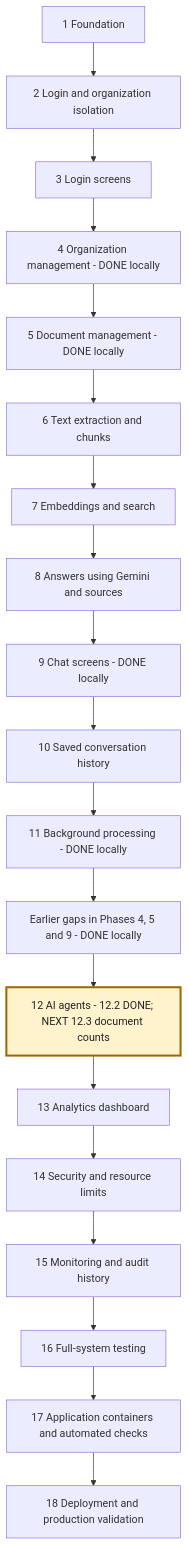
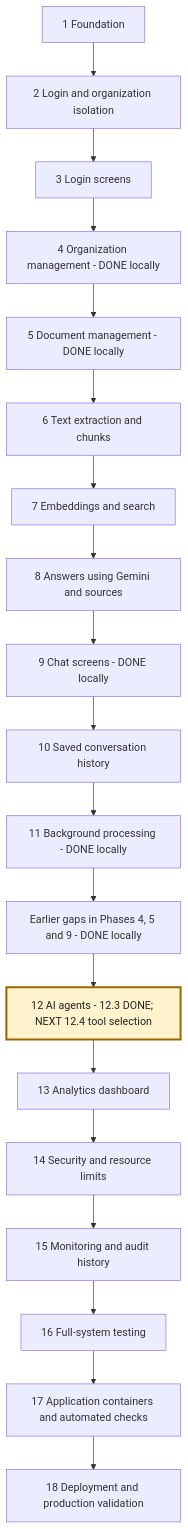
Before and after one commit to msdian0007/nexaAi: the second of 4 diagrams in NEXAAI_ROADMAP.md, drawn with Mermaid. The commit also changed other lines of this file and 5 other files, not shown here.

````diff
--- a/NEXAAI_ROADMAP.md
+++ b/NEXAAI_ROADMAP.md
@@ -190,22 +190,22 @@
 ```mermaid
 flowchart TD
     A[1 Foundation] --> B[2 Login and organization isolation]
     B --> C[3 Login screens]
     C --> D[4 Organization management - DONE locally]
     D --> E[5 Document management - DONE locally]
     E --> F[6 Text extraction and chunks]
     F --> G[7 Embeddings and search]
     G --> H[8 Answers using Gemini and sources]
     H --> I[9 Chat screens - DONE locally]
     I --> J[10 Saved conversation history]
     J --> K[11 Background processing - DONE locally]
     K --> L[Earlier gaps in Phases 4, 5 and 9 - DONE locally]
-    L --> M[12 AI agents - 12.2 DONE; NEXT 12.3 document counts]
+    L --> M[12 AI agents - 12.3 DONE; NEXT 12.4 tool selection]
     M --> N[13 Analytics dashboard]
     N --> O[14 Security and resource limits]
     O --> P[15 Monitoring and audit history]
     P --> Q[16 Full-system testing]
     Q --> R[17 Application containers and automated checks]
     R --> S[18 Deployment and production validation]
     style M fill:#fff3cd,stroke:#9a6700,stroke-width:3px,color:#222
 ```
````
